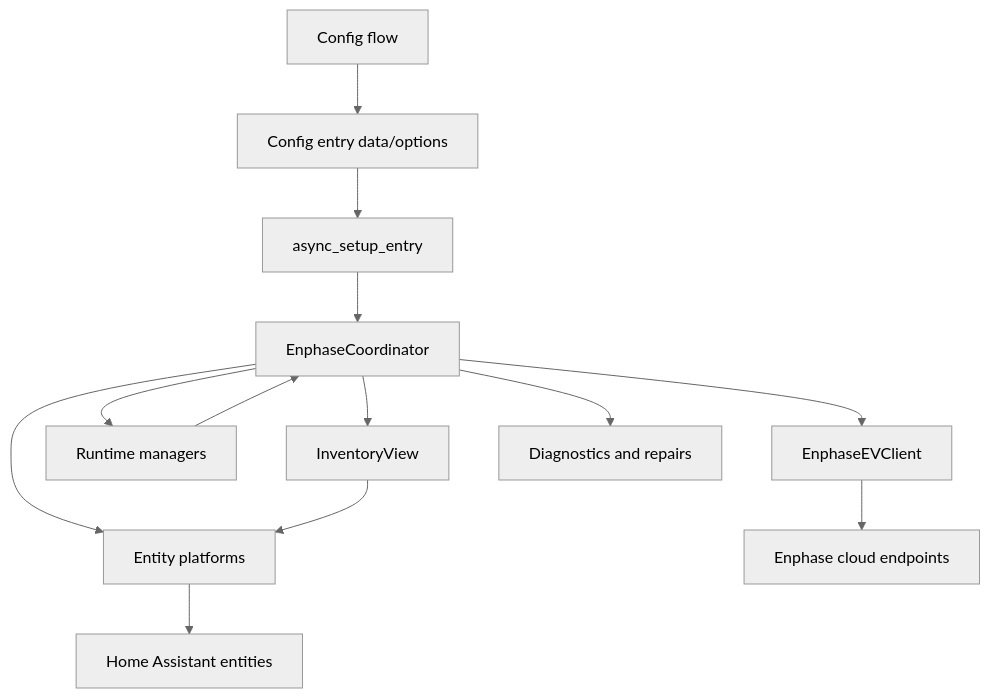
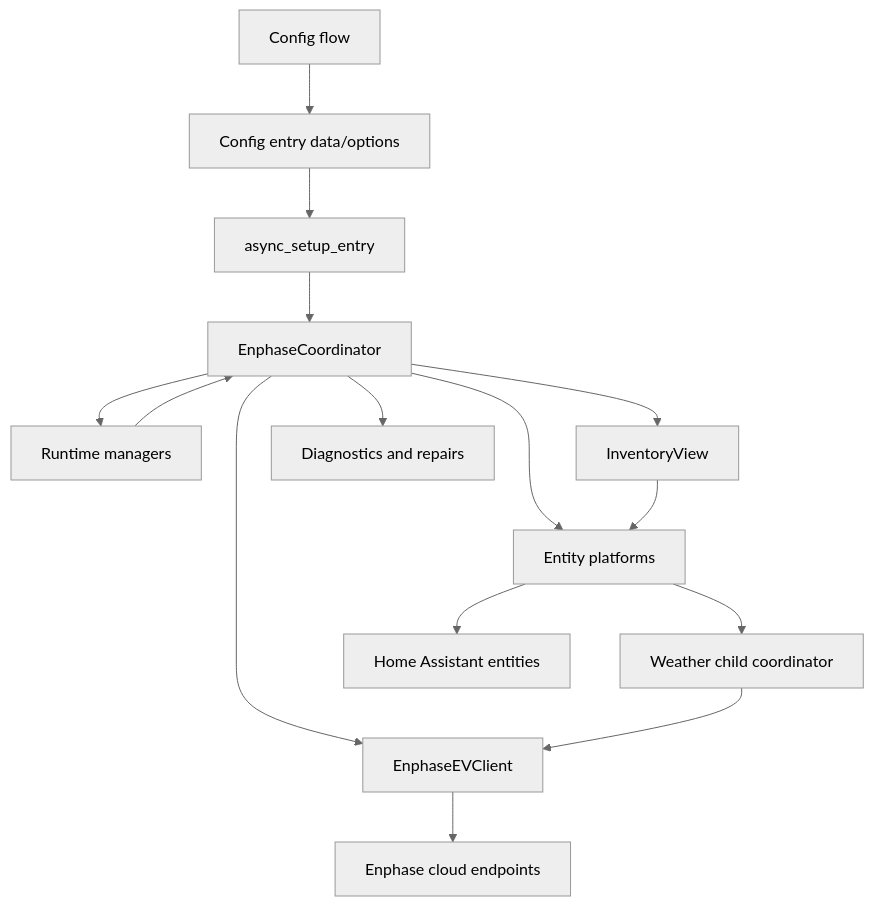
Before and after one commit to barneyonline/ha-enphase-energy: the first of 2 diagrams in docs/architecture.md, drawn with Mermaid (neutral theme). The commit also changed other lines of this file and 26 other files, not shown here.

First line of the commit message:
Align integration architecture boundaries (#784)

````diff
--- a/docs/architecture.md
+++ b/docs/architecture.md
@@ -9,15 +9,17 @@
 ```mermaid
 flowchart TD
     A["Config flow"] --> B["Config entry data/options"]
     B --> C["async_setup_entry"]
     C --> D["EnphaseCoordinator"]
     D --> E["EnphaseEVClient"]
     D --> F["Runtime managers"]
     D --> G["InventoryView"]
     D --> H["Entity platforms"]
+    H --> W["Weather child coordinator"]
+    W --> E
     E --> I["Enphase cloud endpoints"]
     F --> D
     G --> H
     H --> J["Home Assistant entities"]
     D --> K["Diagnostics and repairs"]
 ```
````
